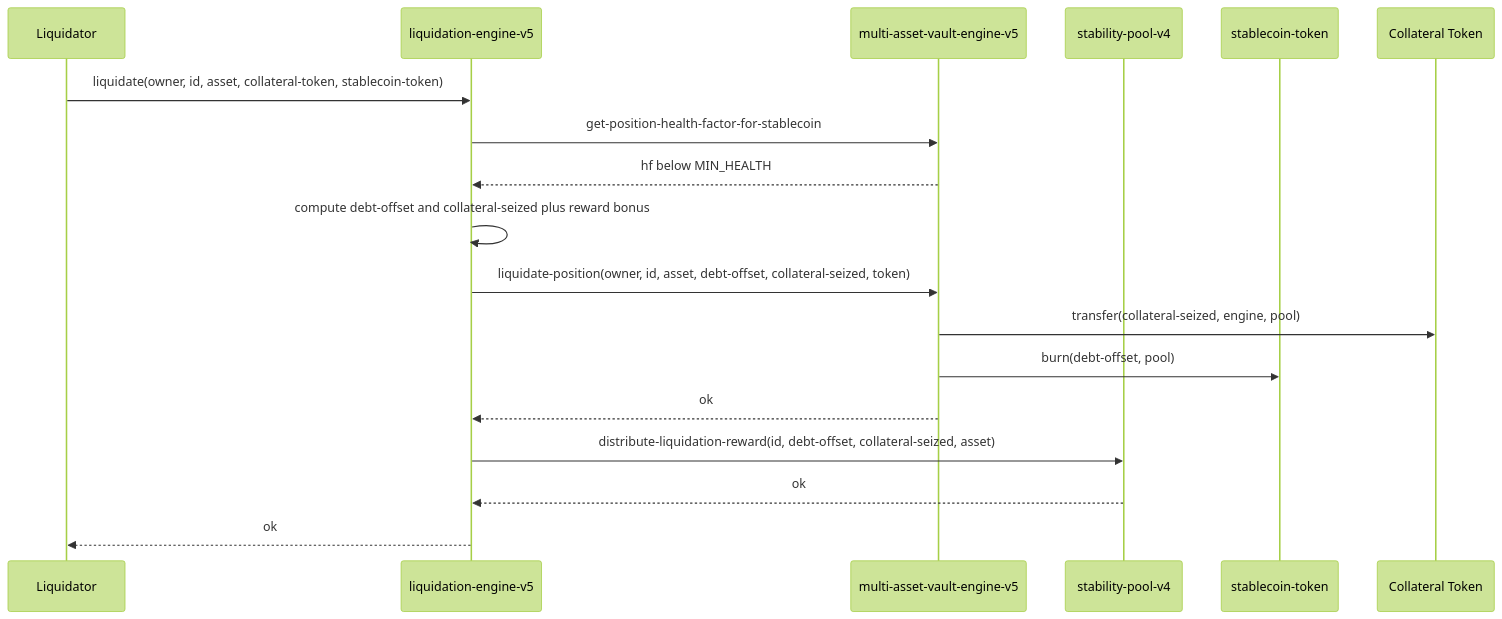
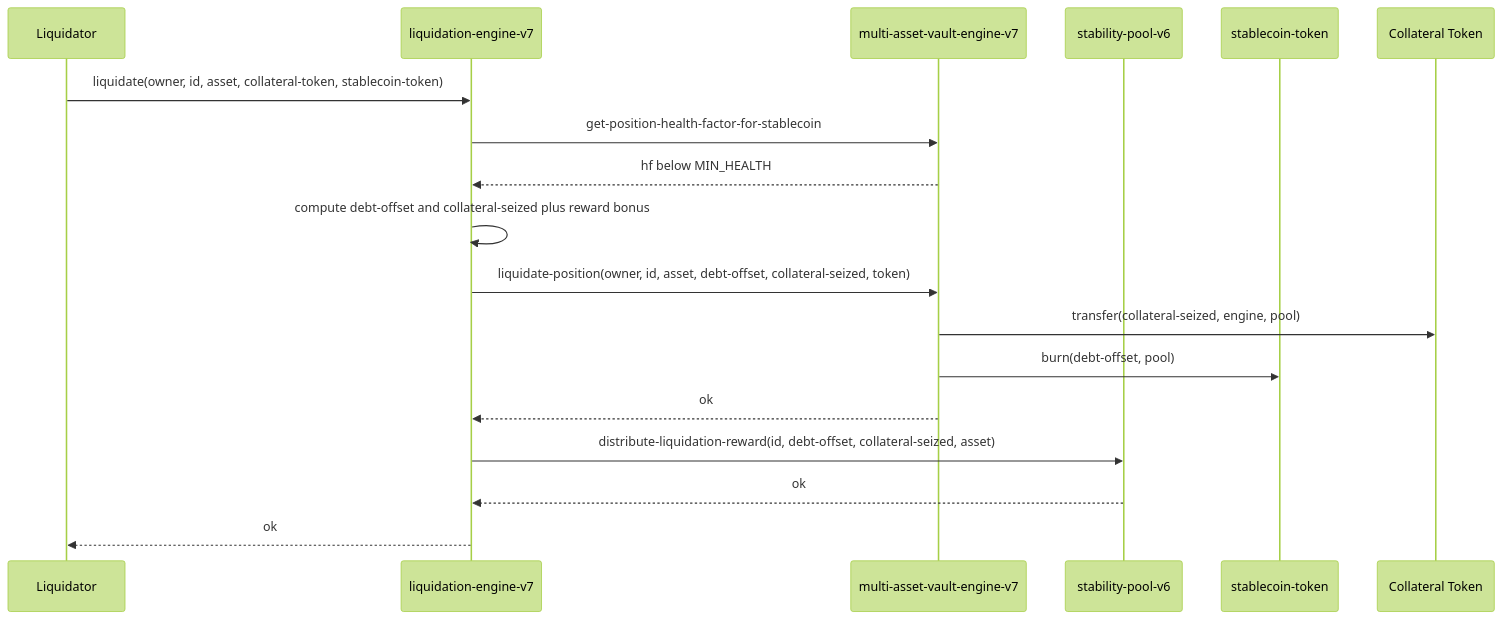
The seventh of 8 diagrams in docs/getting_started.md (yehia67/stacks-stablecoin-engine), drawn with Mermaid (forest theme) before and after one commit. The commit also changed other lines of this file and 32 other files, not shown here.

````diff
--- a/docs/getting_started.md
+++ b/docs/getting_started.md
@@ -207,21 +207,21 @@
 ```mermaid
 sequenceDiagram
   participant L as Liquidator
-  participant LE as liquidation-engine-v5
-  participant VE as multi-asset-vault-engine-v5
-  participant SP as stability-pool-v4
+  participant LE as liquidation-engine-v7
+  participant VE as multi-asset-vault-engine-v7
+  participant SP as stability-pool-v6
   participant ST as stablecoin-token
   participant CT as Collateral Token
 
   L->>LE: liquidate(owner, id, asset, collateral-token, stablecoin-token)
   LE->>VE: get-position-health-factor-for-stablecoin
   VE-->>LE: hf below MIN_HEALTH
   LE->>LE: compute debt-offset and collateral-seized plus reward bonus
   LE->>VE: liquidate-position(owner, id, asset, debt-offset, collateral-seized, token)
   VE->>CT: transfer(collateral-seized, engine, pool)
   VE->>ST: burn(debt-offset, pool)
   VE-->>LE: ok
   LE->>SP: distribute-liquidation-reward(id, debt-offset, collateral-seized, asset)
   SP-->>LE: ok
   LE-->>L: ok
 ```
````
